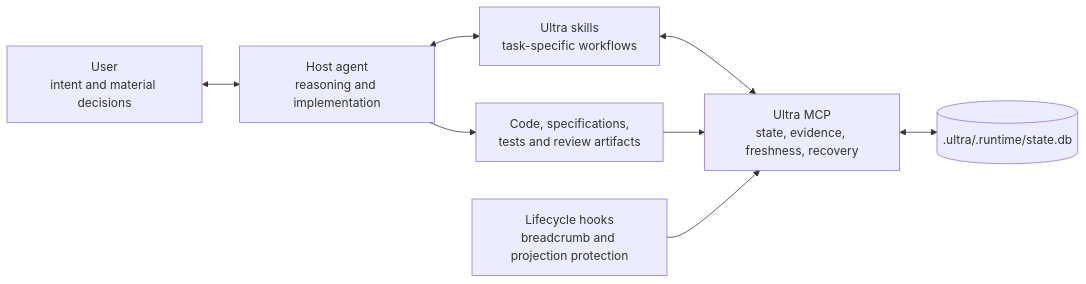
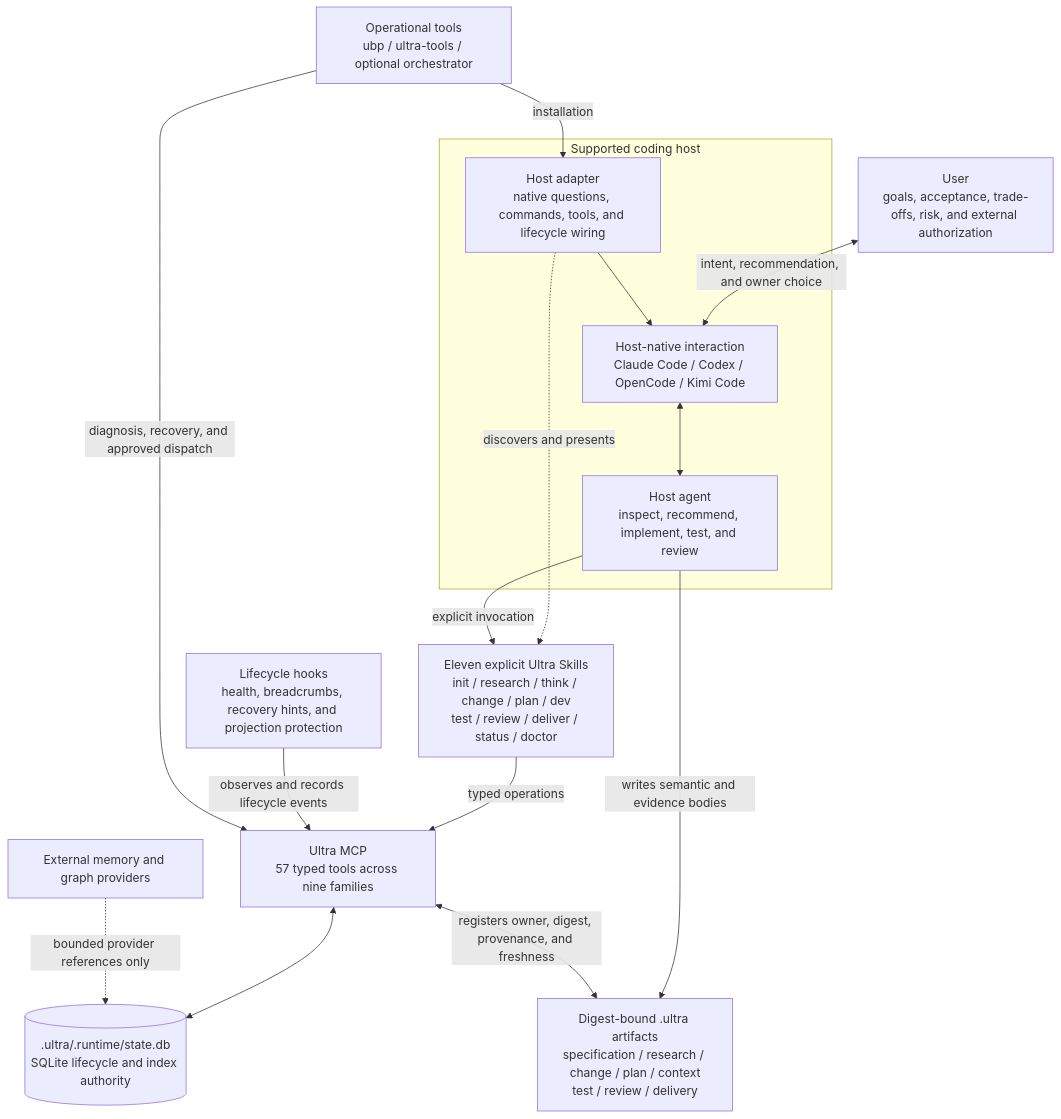
Before and after one commit to rocky2431/ultra-builder-pro-cli: the first of 3 diagrams in README.md, drawn with Mermaid. The commit also changed other lines of this file, not shown here.

First line of the commit message:
docs(readme): add workflow architecture diagrams

````diff
--- a/README.md
+++ b/README.md
@@ -61,10 +61,32 @@
 ```mermaid
-flowchart LR
-    U["User<br/>intent and material decisions"] <--> H["Host agent<br/>reasoning and implementation"]
-    H <--> S["Ultra skills<br/>task-specific workflows"]
-    S <--> M["Ultra MCP<br/>state, evidence, freshness, recovery"]
-    M <--> D[(".ultra/.runtime/state.db")]
-    H --> A["Code, specifications,<br/>tests and review artifacts"]
-    A --> M
-    K["Lifecycle hooks<br/>breadcrumb and projection protection"] --> M
+flowchart TB
+    U["User<br/>goals, acceptance, trade-offs, risk, and external authorization"]
+
+    subgraph HOST["Supported coding host"]
+        UI["Host-native interaction<br/>Claude Code / Codex / OpenCode / Kimi Code"]
+        MODEL["Host agent<br/>inspect, recommend, implement, test, and review"]
+        ADAPTER["Host adapter<br/>native questions, commands, tools, and lifecycle wiring"]
+    end
+
+    SKILLS["Eleven explicit Ultra Skills<br/>init / research / think / change / plan / dev<br/>test / review / deliver / status / doctor"]
+    MCP["Ultra MCP<br/>57 typed tools across nine families"]
+    DB[(".ultra/.runtime/state.db<br/>SQLite lifecycle and index authority")]
+    FILES["Digest-bound .ultra artifacts<br/>specification / research / change / plan / context<br/>test / review / delivery"]
+    HOOKS["Lifecycle hooks<br/>health, breadcrumbs, recovery hints, and projection protection"]
+    OPS["Operational tools<br/>ubp / ultra-tools / optional orchestrator"]
+    EXTERNAL["External memory and graph providers"]
+
+    U <-->|"intent, recommendation, and owner choice"| UI
+    UI <--> MODEL
+    ADAPTER --> UI
+    ADAPTER -.->|"discovers and presents"| SKILLS
+    MODEL -->|"explicit invocation"| SKILLS
+    SKILLS -->|"typed operations"| MCP
+    MCP <--> DB
+    MODEL -->|"writes semantic and evidence bodies"| FILES
+    MCP <-->|"registers owner, digest, provenance, and freshness"| FILES
+    HOOKS -->|"observes and records lifecycle events"| MCP
+    OPS -->|"installation"| ADAPTER
+    OPS -->|"diagnosis, recovery, and approved dispatch"| MCP
+    EXTERNAL -.->|"bounded provider references only"| DB
 ```
````
